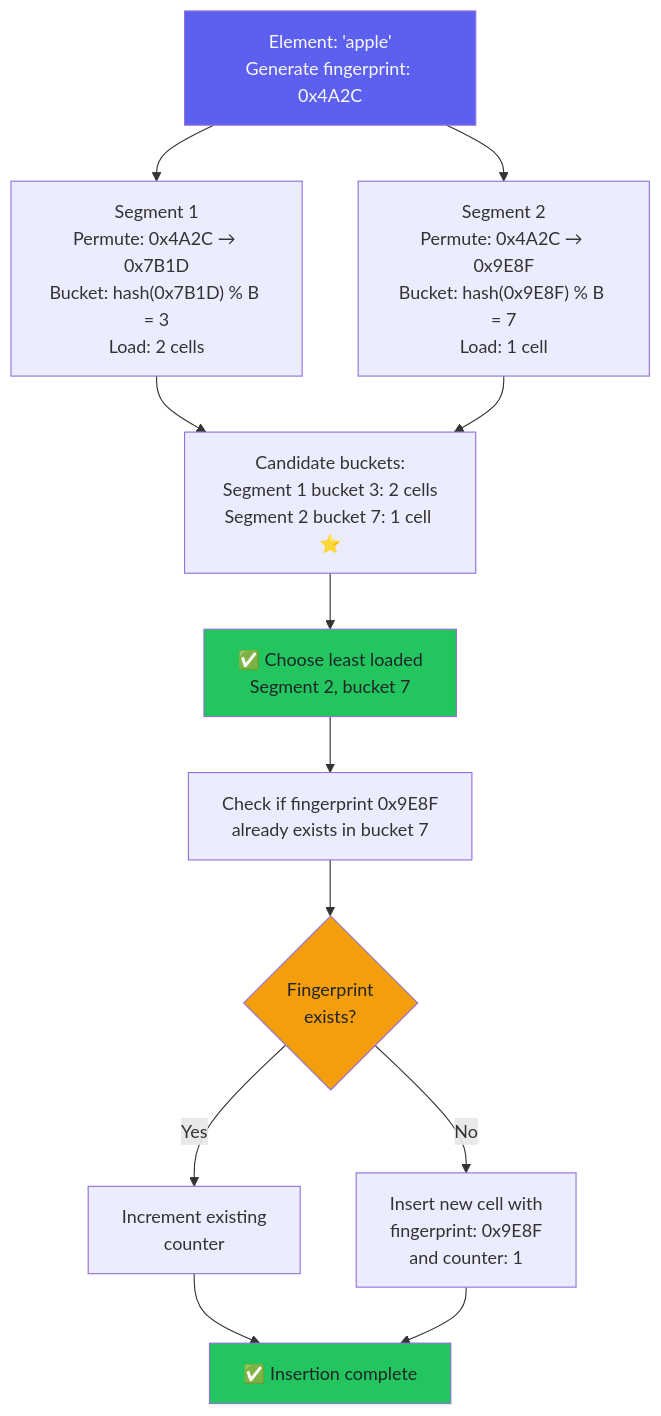
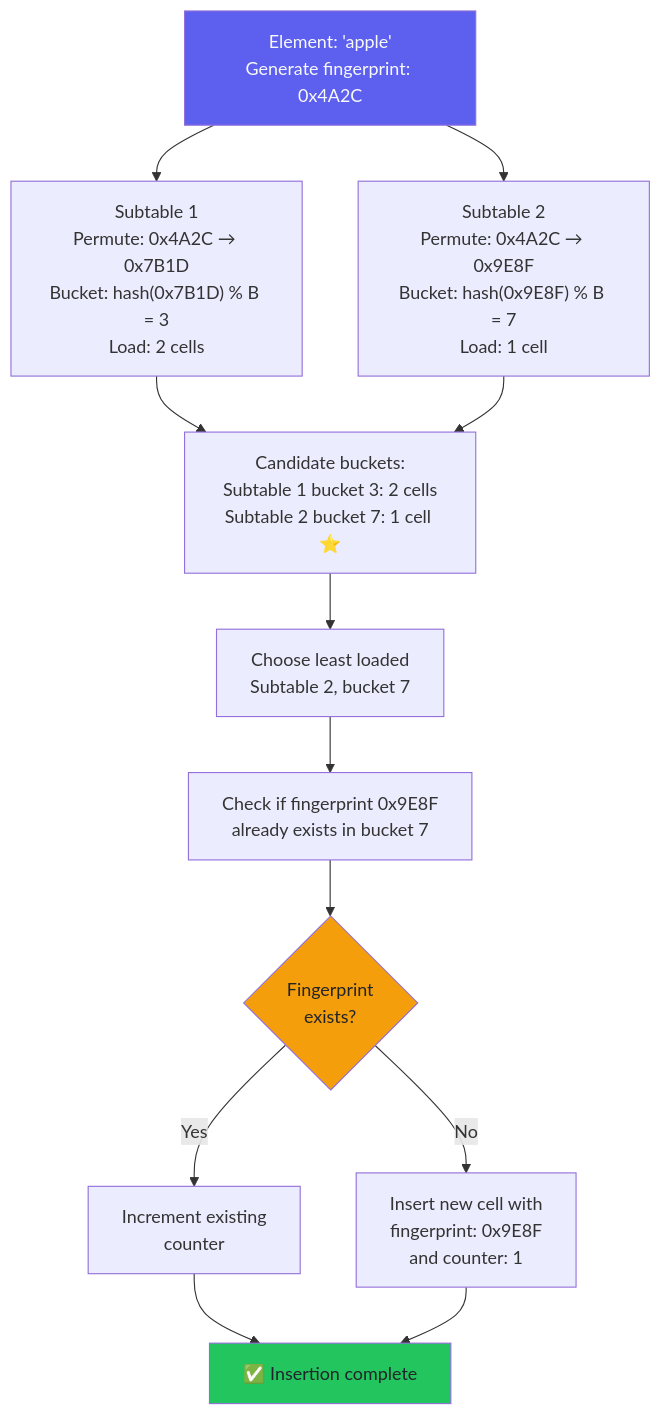
One commit to AxelUser/maltsev.space changed the seventh of 7 diagrams in src/posts/009-counting-bloom-filters/index.md. Above: the diagram before and after it, drawn with Mermaid. The commit also changed other lines of this file and 1 other file, not shown here.

Commit message:
refactor: diagrams

````diff
--- a/src/posts/009-counting-bloom-filters/index.md
+++ b/src/posts/009-counting-bloom-filters/index.md
@@ -355,26 +320,25 @@
 ```mermaid
 graph TD
-    A["Element: 'apple'<br/>Generate fingerprint: 0x4A2C"] --> B["Segment 1<br/>Permute: 0x4A2C → 0x7B1D<br/>Bucket: hash(0x7B1D) % B = 3<br/>Load: 2 cells"]
+    A["Element: 'apple'<br/>Generate fingerprint: 0x4A2C"] --> B["Subtable 1<br/>Permute: 0x4A2C → 0x7B1D<br/>Bucket: hash(0x7B1D) % B = 3<br/>Load: 2 cells"]
     
-    A --> C["Segment 2<br/>Permute: 0x4A2C → 0x9E8F<br/>Bucket: hash(0x9E8F) % B = 7<br/>Load: 1 cell"]
+    A --> C["Subtable 2<br/>Permute: 0x4A2C → 0x9E8F<br/>Bucket: hash(0x9E8F) % B = 7<br/>Load: 1 cell"]
     
-    B --> D["Candidate buckets:<br/>Segment 1 bucket 3: 2 cells<br/>Segment 2 bucket 7: 1 cell ⭐"]
+    B --> D["Candidate buckets:<br/>Subtable 1 bucket 3: 2 cells<br/>Subtable 2 bucket 7: 1 cell ⭐"]
     C --> D
     
-    D --> E["✅ Choose least loaded<br/>Segment 2, bucket 7"]
+    D --> E["Choose least loaded<br/>Subtable 2, bucket 7"]
     
     E --> F["Check if fingerprint 0x9E8F<br/>already exists in bucket 7"]
     
     F --> G{"Fingerprint<br/>exists?"}
     
     G -->|Yes| H["Increment existing<br/>counter"]
     G -->|No| I["Insert new cell with<br/>fingerprint: 0x9E8F<br/> and counter: 1"]
     
     H --> J["✅ Insertion complete"]
     I --> J
     
     style A fill:#5d5fef,color:#f8f9fa
-    style E fill:#22c55e,color:#212529
     style J fill:#22c55e,color:#212529
     style G fill:#f59e0b,color:#212529
 ```
````
